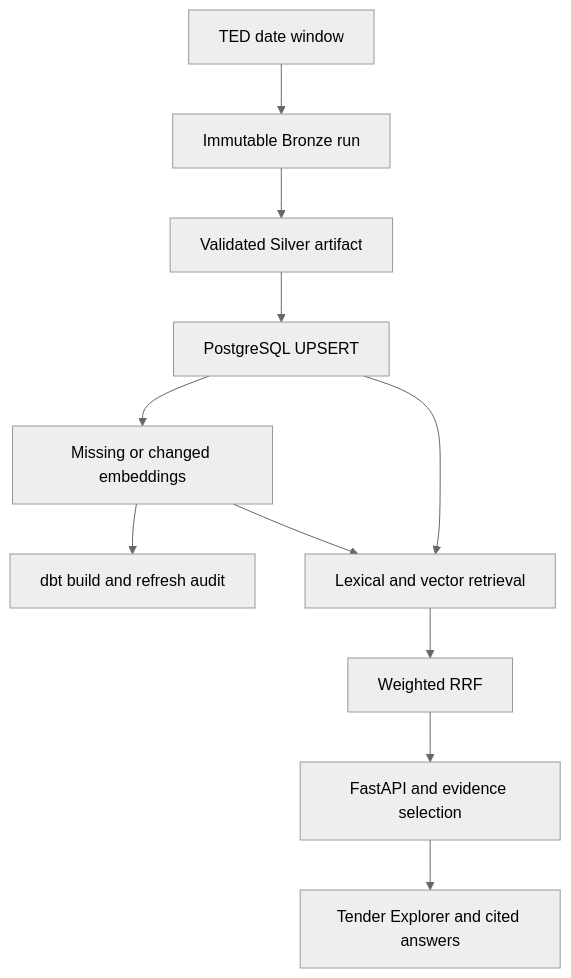
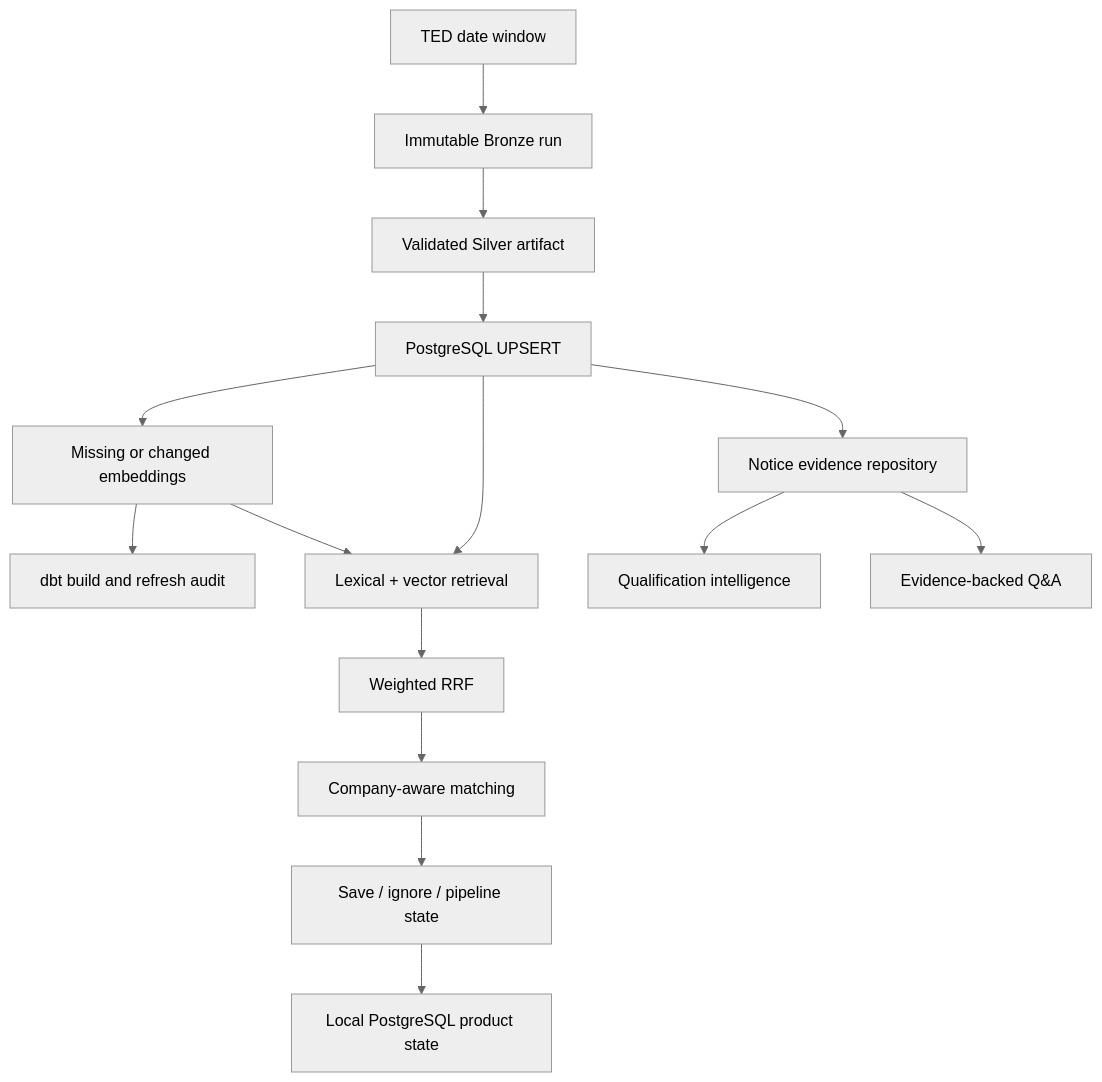
The diagram in README.md (Tanjim-hossain/eu-tender-intelligence-platform), drawn with Mermaid (neutral theme) before and after one commit. The commit also changed other lines of this file and 12 other files, not shown here.

First line of the commit message:
feat: add evidence-grounded tender qualification

````diff
--- a/README.md
+++ b/README.md
@@ -29,13 +46,17 @@
 ```mermaid
 flowchart TD
     A["TED date window"] --> B["Immutable Bronze run"]
     B --> C["Validated Silver artifact"]
     C --> D["PostgreSQL UPSERT"]
     D --> E["Missing or changed embeddings"]
     E --> F["dbt build and refresh audit"]
-    D --> G["Lexical and vector retrieval"]
+    D --> G["Lexical + vector retrieval"]
     E --> G
     G --> H["Weighted RRF"]
-    H --> I["FastAPI and evidence selection"]
-    I --> J["Tender Explorer and cited answers"]
+    H --> I["Company-aware matching"]
+    I --> J["Save / ignore / pipeline state"]
+    D --> K["Notice evidence repository"]
+    K --> L["Qualification intelligence"]
+    K --> M["Evidence-backed Q&A"]
+    J --> N["Local PostgreSQL product state"]
 ```
````
